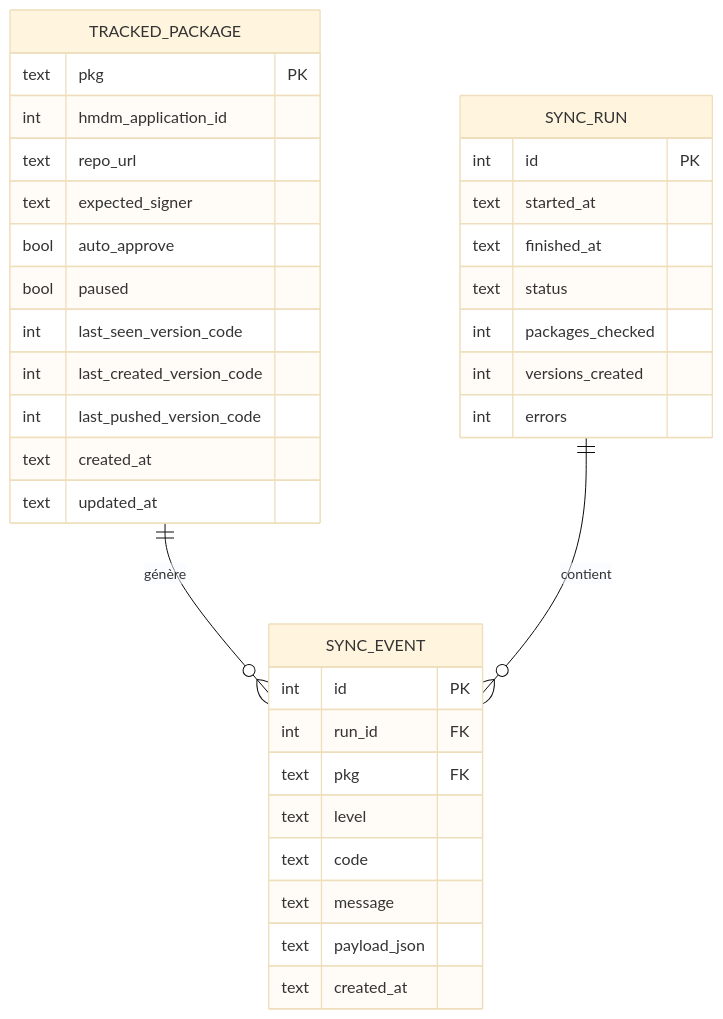
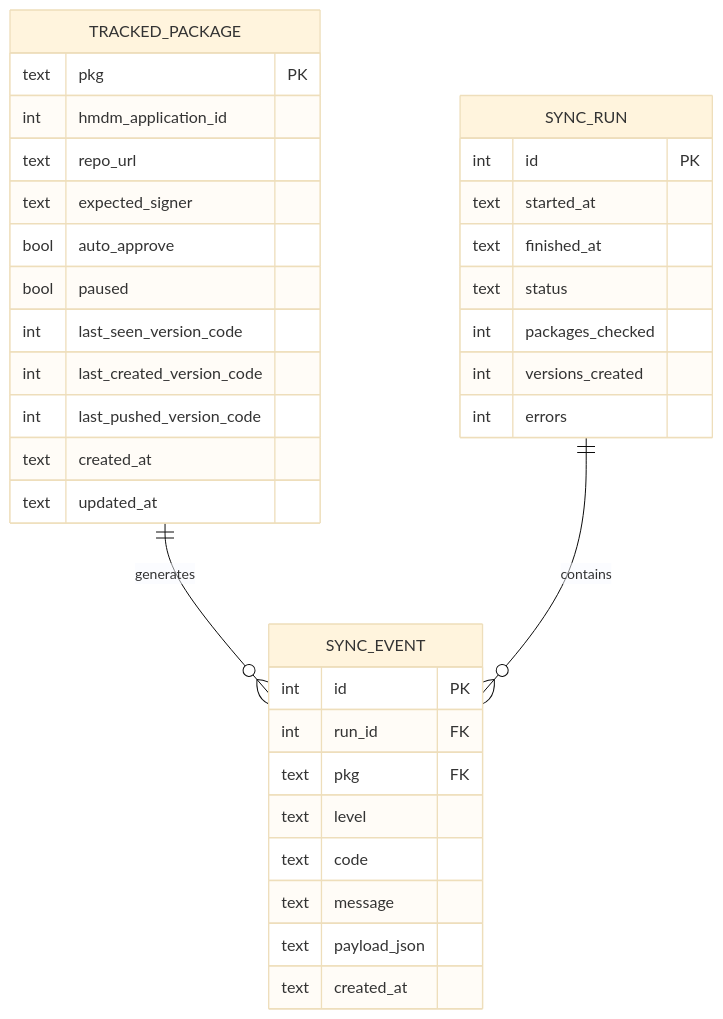
One commit to Sarcouy/fdroid-headwind-mirror changed the third of 5 diagrams in docs/architecture.md. Above: the diagram before and after it, drawn with Mermaid (base theme). The commit also changed other lines of this file and 8 other files, not shown here.

````diff
--- a/docs/architecture.md
+++ b/docs/architecture.md
@@ -658,40 +649,40 @@
 ```mermaid
 erDiagram
-    TRACKED_PACKAGE ||--o{ SYNC_EVENT : "génère"
-    SYNC_RUN ||--o{ SYNC_EVENT : "contient"
+    TRACKED_PACKAGE ||--o{ SYNC_EVENT : "generates"
+    SYNC_RUN ||--o{ SYNC_EVENT : "contains"
 
     TRACKED_PACKAGE {
         text pkg PK
         int hmdm_application_id
         text repo_url
         text expected_signer
         bool auto_approve
         bool paused
         int last_seen_version_code
         int last_created_version_code
         int last_pushed_version_code
         text created_at
         text updated_at
     }
 
     SYNC_RUN {
         int id PK
         text started_at
         text finished_at
         text status
         int packages_checked
         int versions_created
         int errors
     }
 
     SYNC_EVENT {
         int id PK
         int run_id FK
         text pkg FK
         text level
         text code
         text message
         text payload_json
         text created_at
     }
 ```
````
